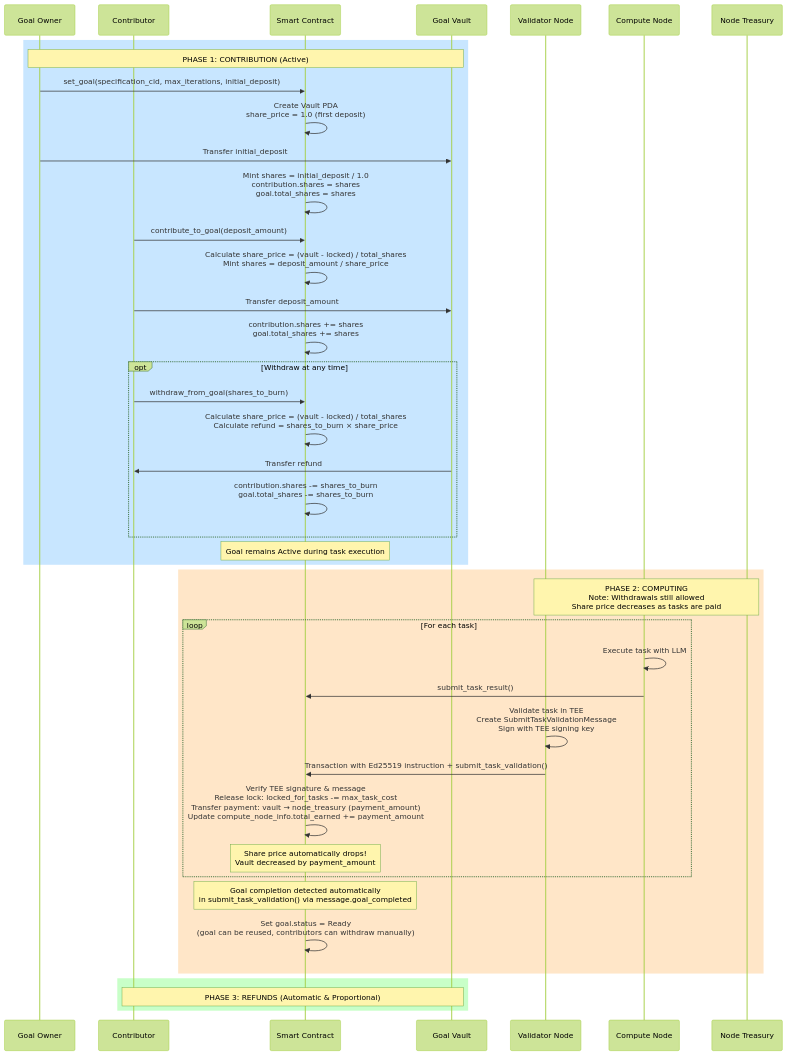
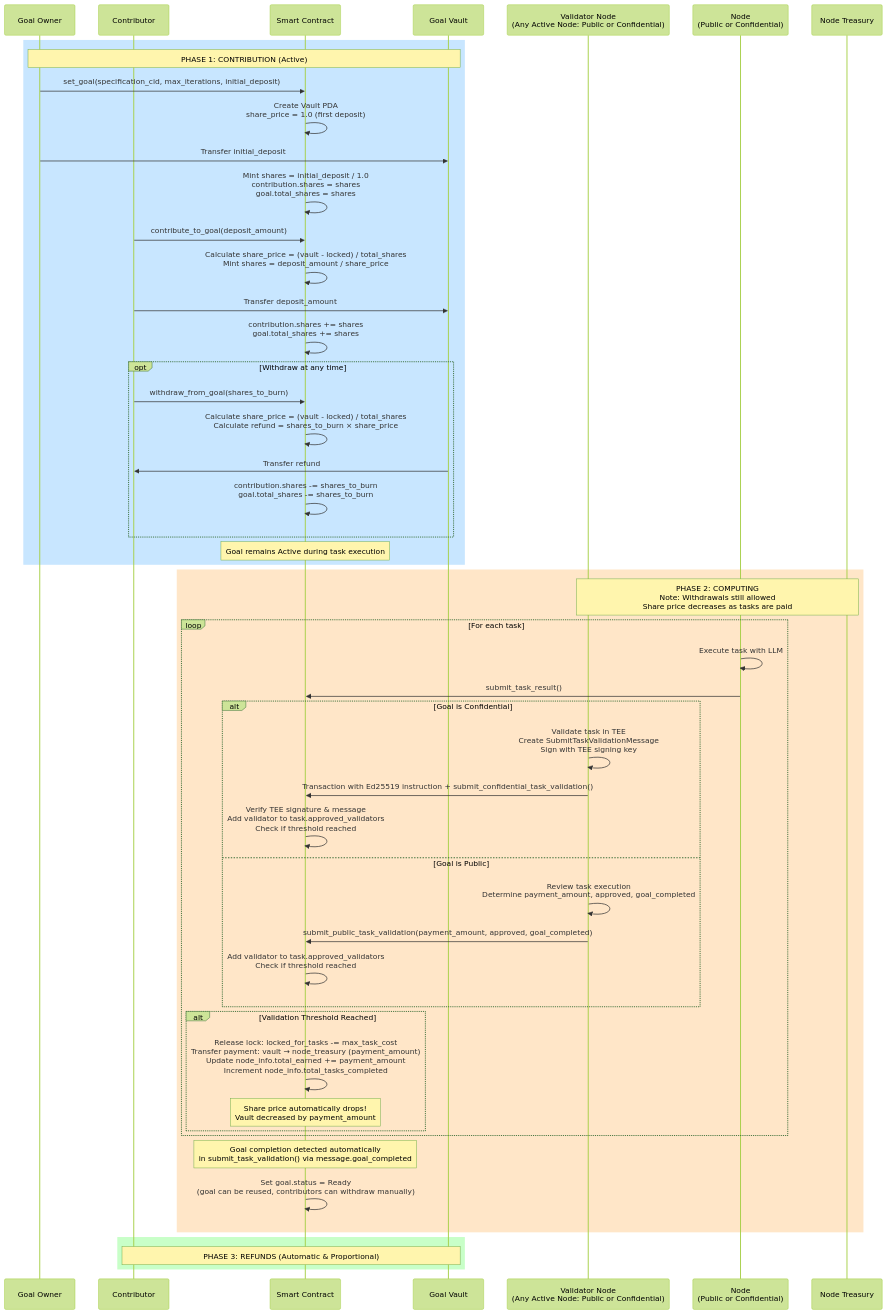
Diagram 12 of 13 in docs/design.md (JorgeCosta87/decentralized-autonomous-computing), drawn with Mermaid (forest theme) before and after one commit. The commit also changed other lines of this file and 7 other files, not shown here.

````diff
--- a/docs/design.md
+++ b/docs/design.md
@@ -638,56 +638,65 @@
 ```mermaid
 sequenceDiagram
     participant Owner as Goal Owner
     participant Contributor as Contributor
     participant DAC as Smart Contract
     participant Vault as Goal Vault
-    participant VN as Validator Node
-    participant CN as Compute Node
+    participant VN as Validator Node<br/>(Any Active Node: Public or Confidential)
+    participant CN as Node<br/>(Public or Confidential)
     participant NodeTreasury as Node Treasury
     
     rect rgb(200, 230, 255)
         Note over Owner,Vault: PHASE 1: CONTRIBUTION (Active)
         
         Owner->>DAC: set_goal(specification_cid, max_iterations, initial_deposit)
         DAC->>DAC: Create Vault PDA<br/>share_price = 1.0 (first deposit)
         Owner->>Vault: Transfer initial_deposit
         DAC->>DAC: Mint shares = initial_deposit / 1.0<br/>contribution.shares = shares<br/>goal.total_shares = shares
         
         Contributor->>DAC: contribute_to_goal(deposit_amount)
         DAC->>DAC: Calculate share_price = (vault - locked) / total_shares<br/>Mint shares = deposit_amount / share_price
         Contributor->>Vault: Transfer deposit_amount
         DAC->>DAC: contribution.shares += shares<br/>goal.total_shares += shares
         
         opt Withdraw at any time
             Contributor->>DAC: withdraw_from_goal(shares_to_burn)
             DAC->>DAC: Calculate share_price = (vault - locked) / total_shares<br/>Calculate refund = shares_to_burn × share_price
             Vault->>Contributor: Transfer refund
             DAC->>DAC: contribution.shares -= shares_to_burn<br/>goal.total_shares -= shares_to_burn
         end
         
         Note over DAC: Goal remains Active during task execution
     end
     
     rect rgb(255, 230, 200)
         Note over VN,NodeTreasury: PHASE 2: COMPUTING<br/>Note: Withdrawals still allowed<br/>Share price decreases as tasks are paid
         
         loop For each task
             CN->>CN: Execute task with LLM
             CN->>DAC: submit_task_result()
             
-            VN->>VN: Validate task in TEE<br/>Create SubmitTaskValidationMessage<br/>Sign with TEE signing key
-            VN->>DAC: Transaction with Ed25519 instruction + submit_task_validation()
-            DAC->>DAC: Verify TEE signature & message<br/>Release lock: locked_for_tasks -= max_task_cost<br/>Transfer payment: vault → node_treasury (payment_amount)<br/>Update compute_node_info.total_earned += payment_amount
+            alt Goal is Confidential
+                VN->>VN: Validate task in TEE<br/>Create SubmitTaskValidationMessage<br/>Sign with TEE signing key
+                VN->>DAC: Transaction with Ed25519 instruction + submit_confidential_task_validation()
+                DAC->>DAC: Verify TEE signature & message<br/>Add validator to task.approved_validators<br/>Check if threshold reached
+            else Goal is Public
+                VN->>VN: Review task execution<br/>Determine payment_amount, approved, goal_completed
+                VN->>DAC: submit_public_task_validation(payment_amount, approved, goal_completed)
+                DAC->>DAC: Add validator to task.approved_validators<br/>Check if threshold reached
+            end
             
-            Note over DAC: Share price automatically drops!<br/>Vault decreased by payment_amount
+            alt Validation Threshold Reached
+                DAC->>DAC: Release lock: locked_for_tasks -= max_task_cost<br/>Transfer payment: vault → node_treasury (payment_amount)<br/>Update node_info.total_earned += payment_amount<br/>Increment node_info.total_tasks_completed
+                Note over DAC: Share price automatically drops!<br/>Vault decreased by payment_amount
+            end
         end
         
         Note over DAC: Goal completion detected automatically<br/>in submit_task_validation() via message.goal_completed
         DAC->>DAC: Set goal.status = Ready<br/>(goal can be reused, contributors can withdraw manually)
         
     end
     
     rect rgb(200, 255, 200)
         Note over Contributor,Vault: PHASE 3: REFUNDS (Automatic & Proportional)
     end
 ```
````
